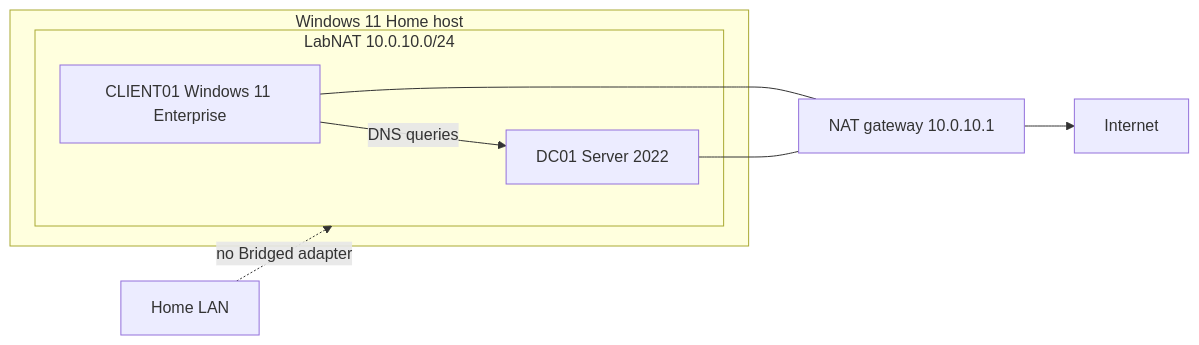
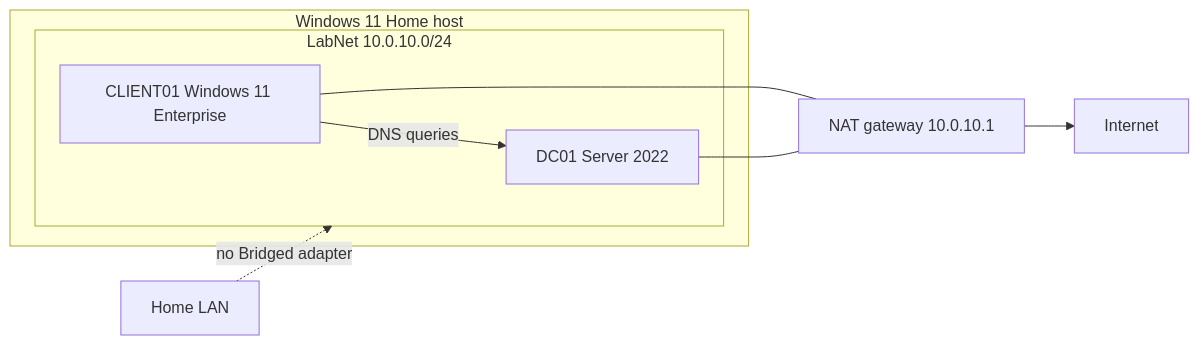
One commit to Brapido/homelab-windows-ad changed the diagram in README.md. Above: the diagram before and after it, drawn with Mermaid. The commit also changed other lines of this file and 4 other files, not shown here.

First line of the commit message:
Rename the lab NAT network to LabNet.

````diff
--- a/README.md
+++ b/README.md
@@ -41,18 +41,18 @@
 ```mermaid
 flowchart LR
   subgraph host [Windows 11 Home host]
-    subgraph labnat [LabNAT 10.0.10.0/24]
+    subgraph labnet [LabNet 10.0.10.0/24]
       dc01[DC01 Server 2022]
       client01[CLIENT01 Windows 11 Enterprise]
     end
   end
   gateway[NAT gateway 10.0.10.1]
   internet[Internet]
   homelan[Home LAN]
 
   client01 -->|DNS queries| dc01
   dc01 --- gateway
   client01 --- gateway
   gateway --> internet
-  homelan -.->|no Bridged adapter| labnat
+  homelan -.->|no Bridged adapter| labnet
 ```
````
